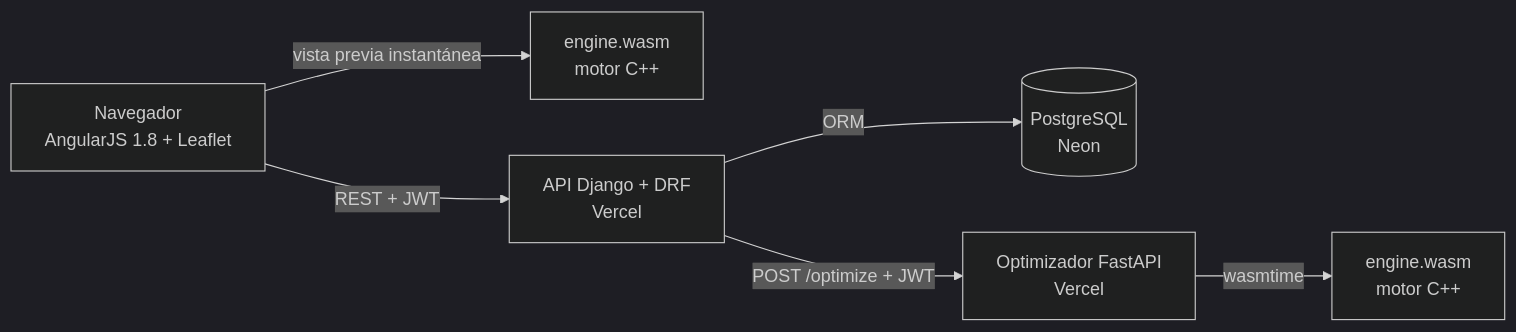
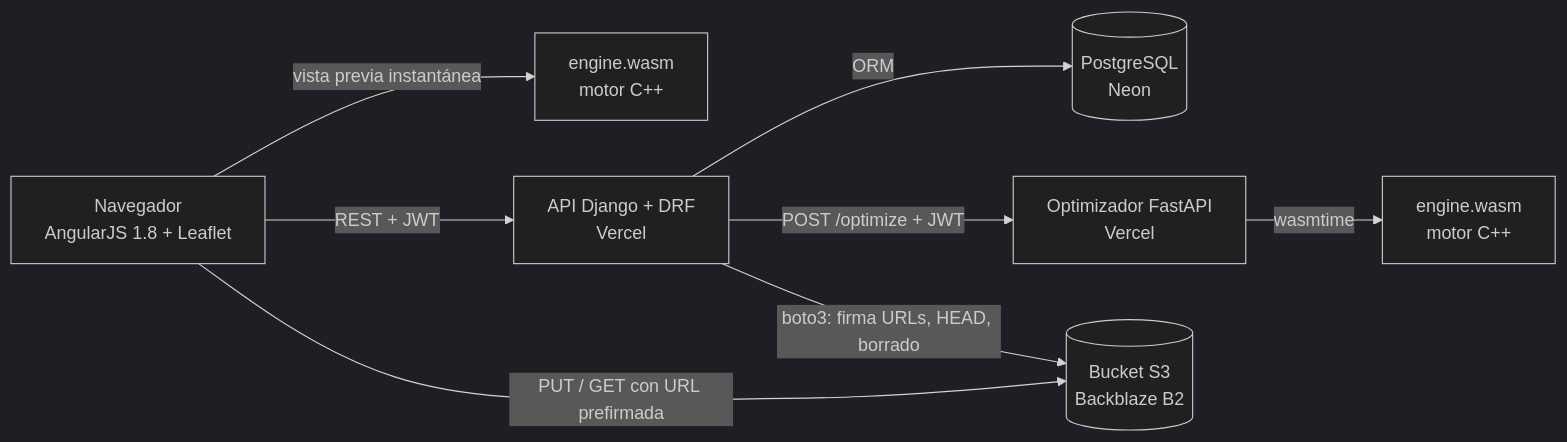
Before and after one commit to EstebanBautista/RutaLibre: the diagram in README.md, drawn with Mermaid (dark theme). The commit also changed other lines of this file and 3 other files, not shown here.

First line of the commit message:
docs: delivery photos on S3 - README, architecture, ADR 0004 and study guide

````diff
--- a/README.md
+++ b/README.md
@@ -20,8 +21,10 @@
 ```mermaid
 flowchart LR
     U[Navegador<br/>AngularJS 1.8 + Leaflet] -->|vista previa instantánea| W1[engine.wasm<br/>motor C++]
     U -->|REST + JWT| D[API Django + DRF<br/>Vercel]
     D -->|ORM| P[(PostgreSQL<br/>Neon)]
     D -->|POST /optimize + JWT| F[Optimizador FastAPI<br/>Vercel]
     F -->|wasmtime| W2[engine.wasm<br/>motor C++]
+    D -->|boto3: firma URLs, HEAD, borrado| S[(Bucket S3<br/>Backblaze B2)]
+    U -->|PUT / GET con URL prefirmada| S
 ```
````
